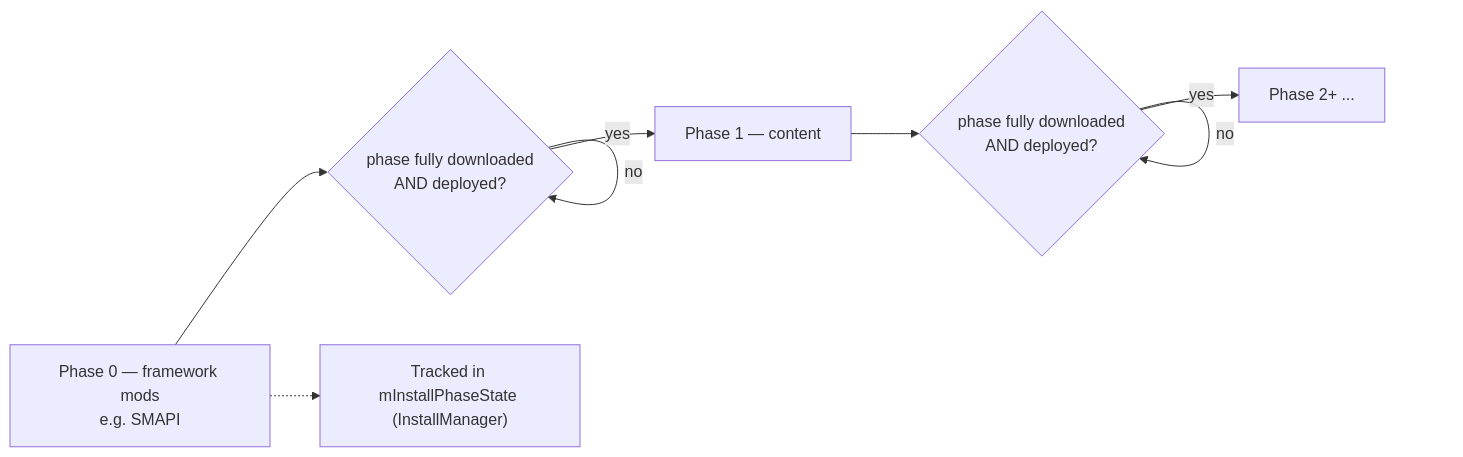
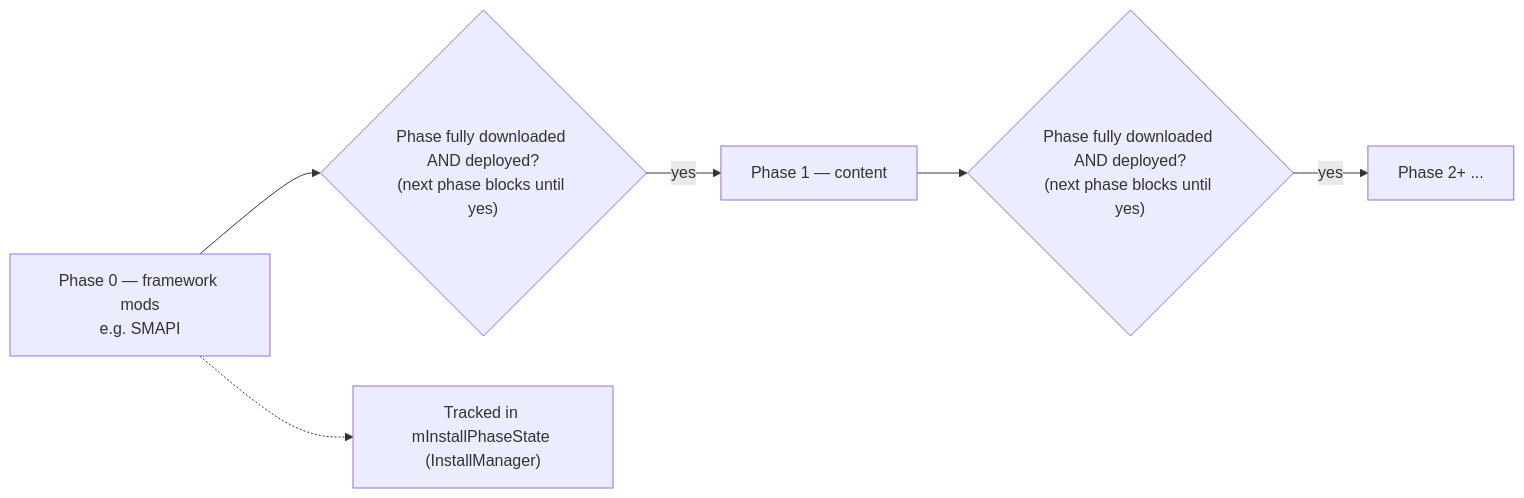
Before and after one commit to ChemGuy1611/ChemBoy1-Vortex-Games: the second of 13 diagrams in resources/VORTEX_FLOWCHARTS.md, drawn with Mermaid. The commit also changed other lines of this file, not shown here.

Commit message:
flowcharts fix

````diff
--- a/resources/VORTEX_FLOWCHARTS.md
+++ b/resources/VORTEX_FLOWCHARTS.md
@@ -76,10 +101,8 @@
 ```mermaid
 flowchart LR
-    P0["Phase 0 — framework mods<br/>e.g. SMAPI"] --> G0{"phase fully downloaded<br/>AND deployed?"}
-    G0 -- "no" --> G0
+    P0["Phase 0 — framework mods<br/>e.g. SMAPI"] --> G0{"Phase fully downloaded AND deployed?<br/>(next phase blocks until yes)"}
     G0 -- "yes" --> P1["Phase 1 — content"]
-    P1 --> G1{"phase fully downloaded<br/>AND deployed?"}
-    G1 -- "no" --> G1
+    P1 --> G1{"Phase fully downloaded AND deployed?<br/>(next phase blocks until yes)"}
     G1 -- "yes" --> PN["Phase 2+ ..."]
     P0 -.-> ST["Tracked in mInstallPhaseState (InstallManager)"]
 ```
````
